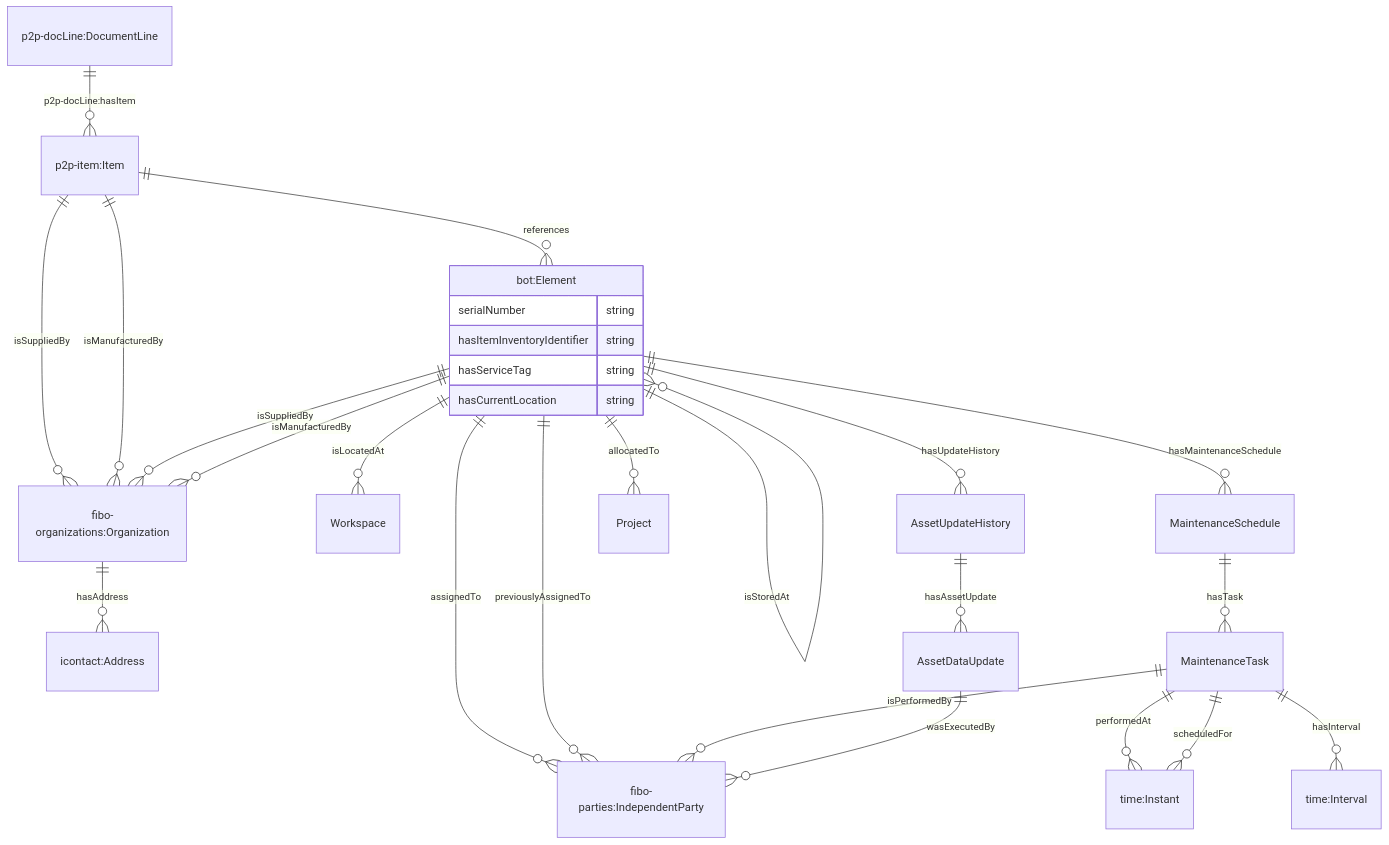
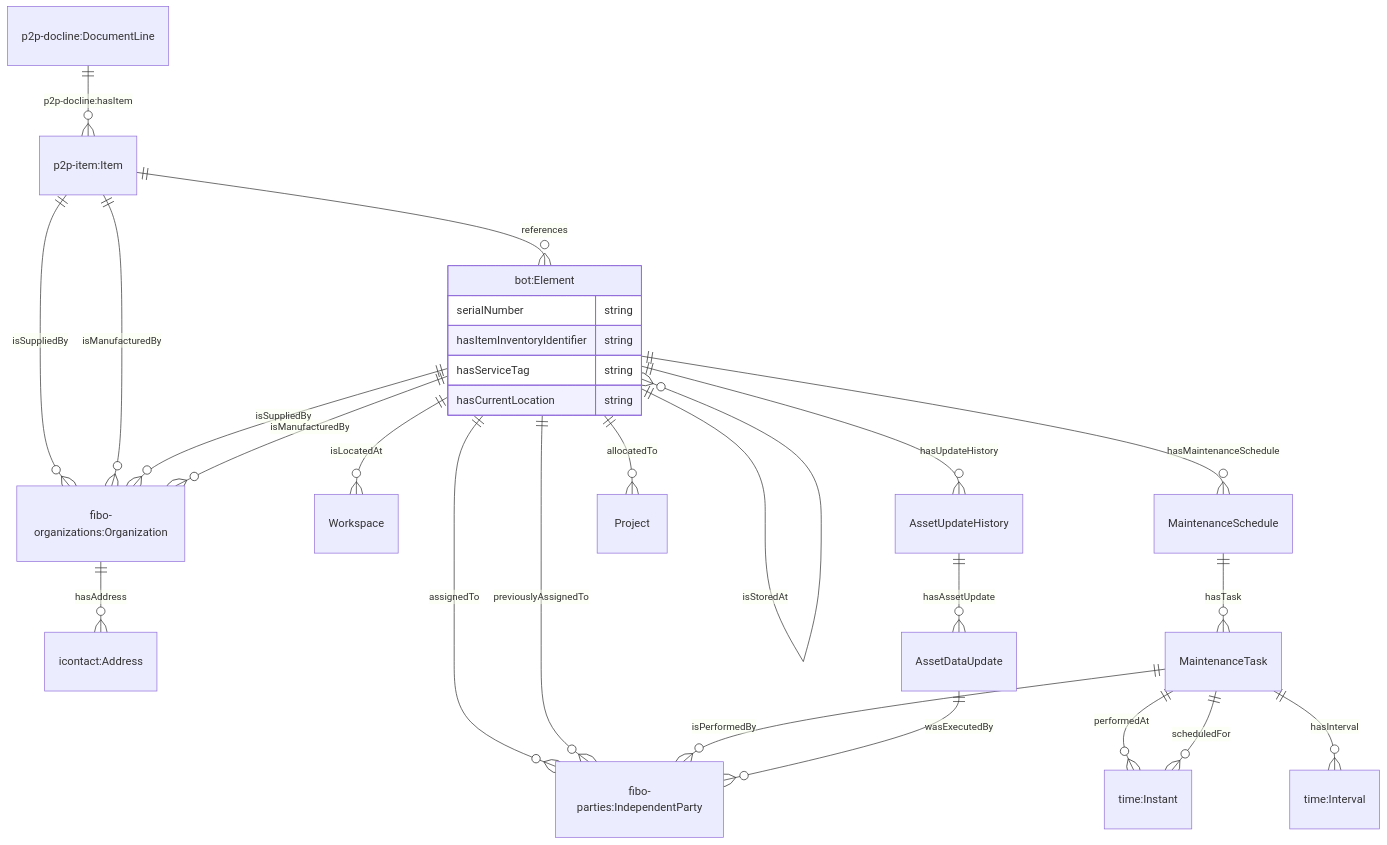
One commit to cambridge-cares/TheWorldAvatar changed the sixth of 8 diagrams in JPS_Ontology/ontology/ontoassetmanagement/README.MD. Above: the diagram before and after it, drawn with Mermaid. The commit also changed other lines of this file, not shown here.

````diff
--- a/JPS_Ontology/ontology/ontoassetmanagement/README.MD
+++ b/JPS_Ontology/ontology/ontoassetmanagement/README.MD
@@ -134,30 +138,30 @@
 ```mermaid
     erDiagram
-    "p2p-docLine:DocumentLine" ||--o{ "p2p-item:Item" : "p2p-docLine:hasItem"
+    "p2p-docline:DocumentLine" ||--o{ "p2p-item:Item" : "p2p-docline:hasItem"
     "p2p-item:Item" ||--o{ "bot:Element" : references
     "p2p-item:Item" ||--o{ "fibo-organizations:Organization" : isSuppliedBy
     "p2p-item:Item" ||--o{ "fibo-organizations:Organization" : isManufacturedBy
     "bot:Element" ||--o{ "fibo-organizations:Organization" : isSuppliedBy
     "bot:Element" ||--o{ "fibo-organizations:Organization" : isManufacturedBy
     "fibo-organizations:Organization" ||--o{ "icontact:Address" : hasAddress
     "bot:Element" ||--o{ "bot:Element" : isStoredAt
     "bot:Element" ||--o{ "fibo-parties:IndependentParty" : assignedTo
     "bot:Element" ||--o{ "fibo-parties:IndependentParty" : previouslyAssignedTo
     "bot:Element" ||--o{ "Workspace" : isLocatedAt
     "bot:Element" ||--o{ "MaintenanceSchedule" : hasMaintenanceSchedule
     "MaintenanceSchedule" ||--o{ "MaintenanceTask" : hasTask
     "MaintenanceTask" ||--o{ "time:Instant" : performedAt
     "MaintenanceTask" ||--o{ "time:Instant" : scheduledFor
     "MaintenanceTask" ||--o{ "fibo-parties:IndependentParty" : isPerformedBy
     "MaintenanceTask" ||--o{ "time:Interval" : hasInterval
     "bot:Element" ||--o{ "AssetUpdateHistory" : hasUpdateHistory
     "AssetUpdateHistory" ||--o{ "AssetDataUpdate" : hasAssetUpdate
     "AssetDataUpdate" ||--o{ "fibo-parties:IndependentParty" : wasExecutedBy
     "bot:Element" ||--o{ "Project" : allocatedTo
     "bot:Element" {
         serialNumber string
         hasItemInventoryIdentifier string
         hasServiceTag string
         hasCurrentLocation string
     }
 ```
````
